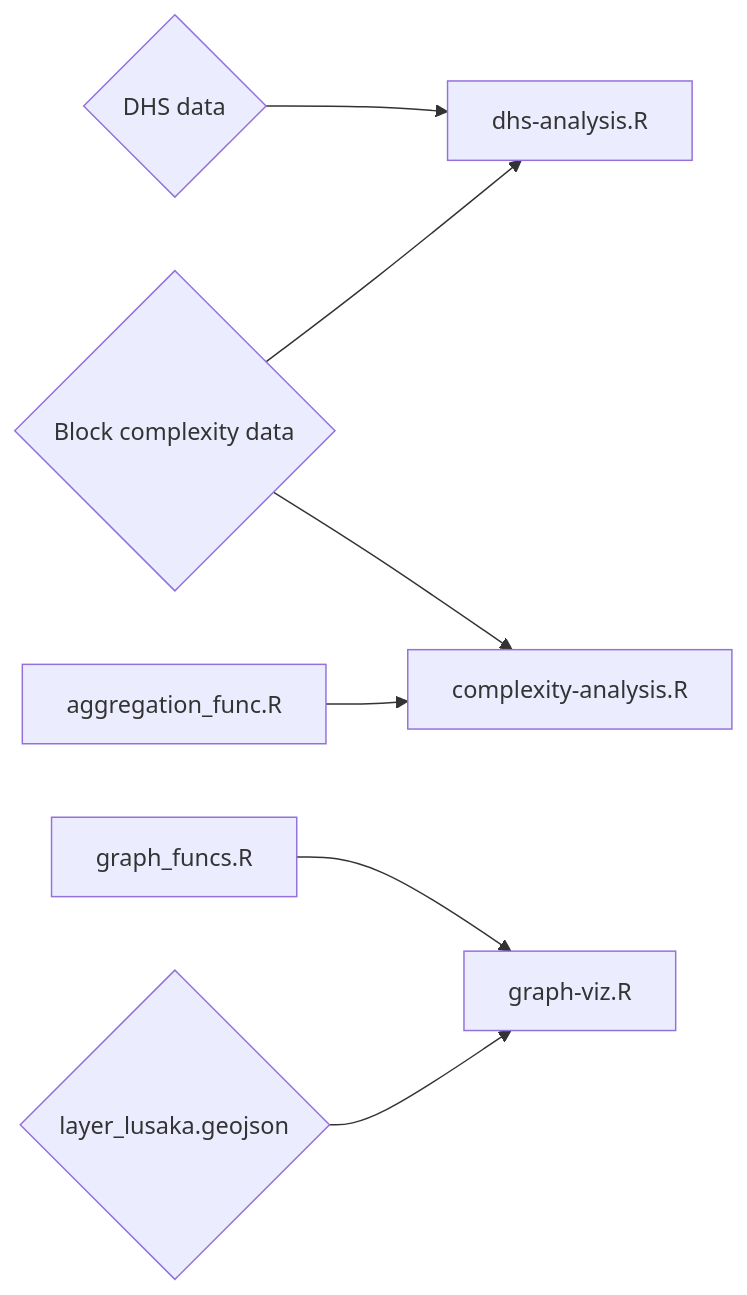
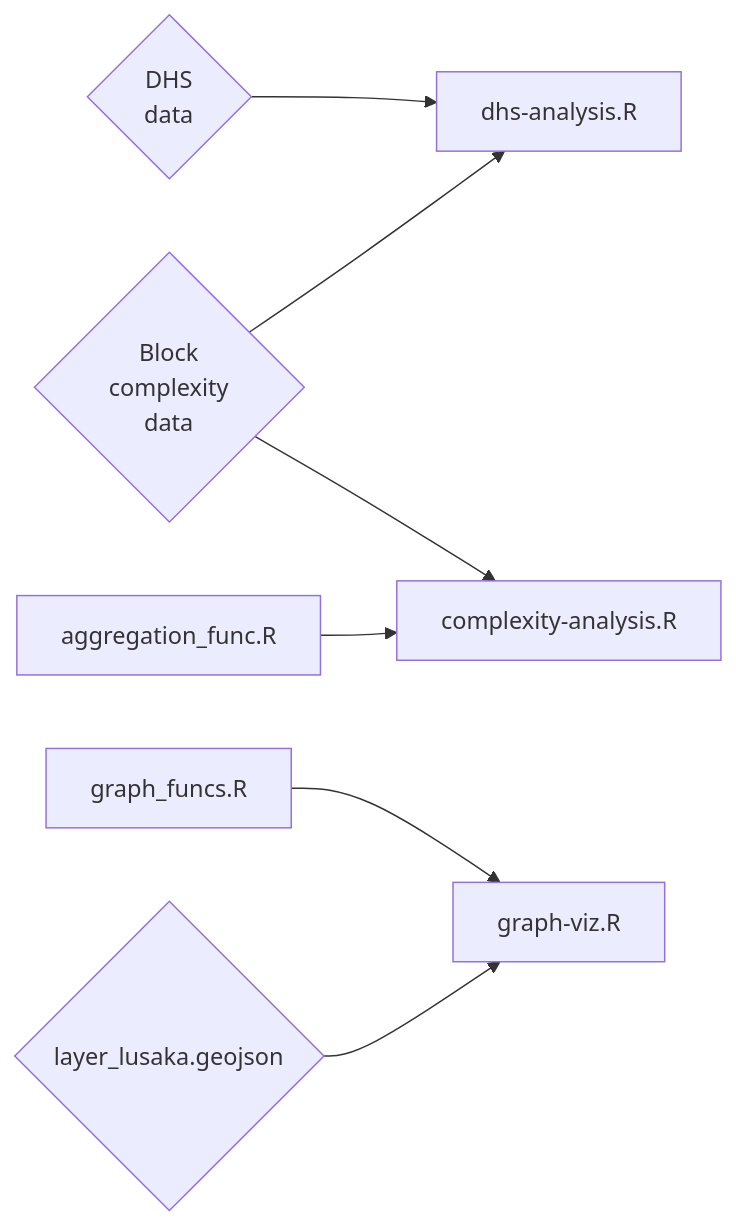
Before and after one commit to mansueto-institute/kblock-analysis: the diagram in ReadMe.md, drawn with Mermaid.

````diff
--- a/ReadMe.md
+++ b/ReadMe.md
@@ -22,10 +22,10 @@
 ```mermaid
 graph LR
-G{DHS data} --> C
-A{Block complexity data} --> B[complexity-analysis.R]
+G{DHS<br>data} --> C
+A{Block<br>complexity<br>data} --> B[complexity-analysis.R]
 E[aggregation_func.R] --> B
 A --> C[dhs-analysis.R]
 
 F[graph_funcs.R] --> D[graph-viz.R]
 J{layer_lusaka.geojson} --> D
 ```
````
